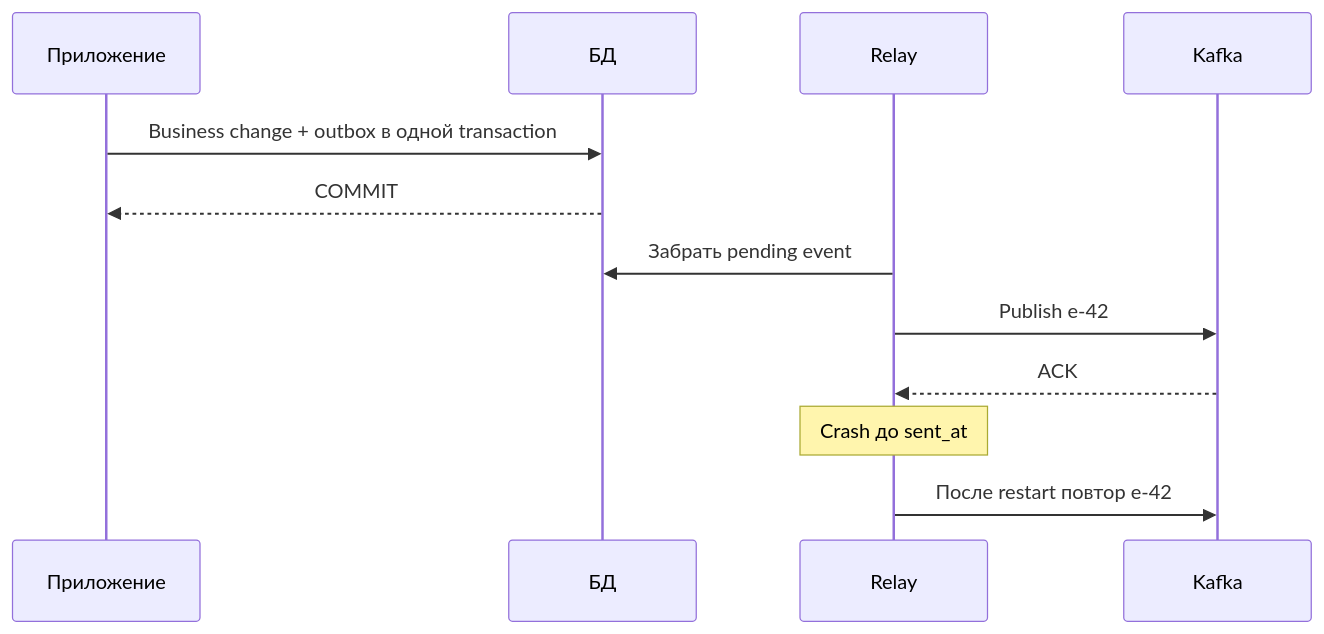
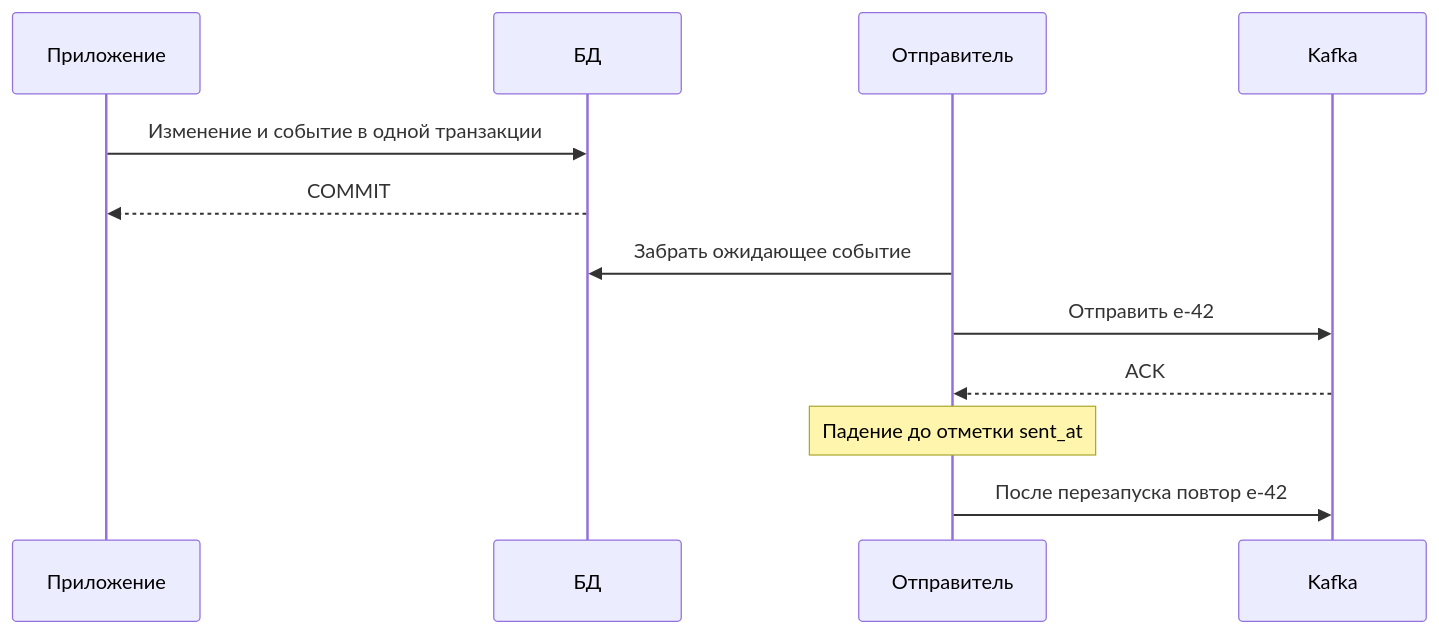
The diagram in docs/messaging/transactional-outbox.md (leary1337/vault), drawn with Mermaid before and after one commit. The commit also changed other lines of this file and 325 other files, not shown here.

````diff
--- a/docs/messaging/transactional-outbox.md
+++ b/docs/messaging/transactional-outbox.md
@@ -63,14 +57,14 @@
 ```mermaid
 sequenceDiagram
     participant A as Приложение
     participant D as БД
-    participant R as Relay
+    participant R as Отправитель
     participant K as Kafka
-    A->>D: Business change + outbox в одной transaction
+    A->>D: Изменение и событие в одной транзакции
     D-->>A: COMMIT
-    R->>D: Забрать pending event
-    R->>K: Publish e-42
+    R->>D: Забрать ожидающее событие
+    R->>K: Отправить e-42
     K-->>R: ACK
-    Note over R: Crash до sent_at
-    R->>K: После restart повтор e-42
+    Note over R: Падение до отметки sent_at
+    R->>K: После перезапуска повтор e-42
 ```
````
